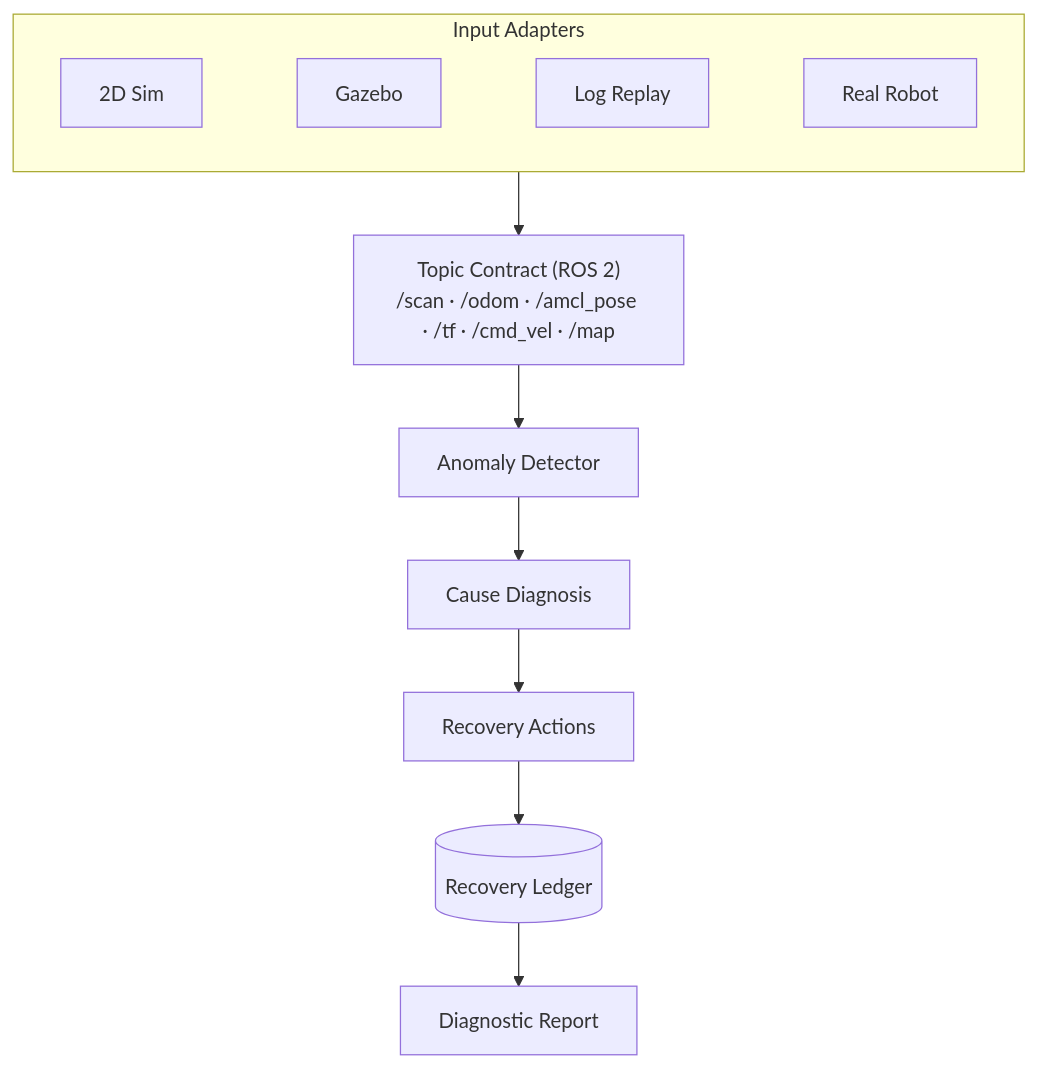
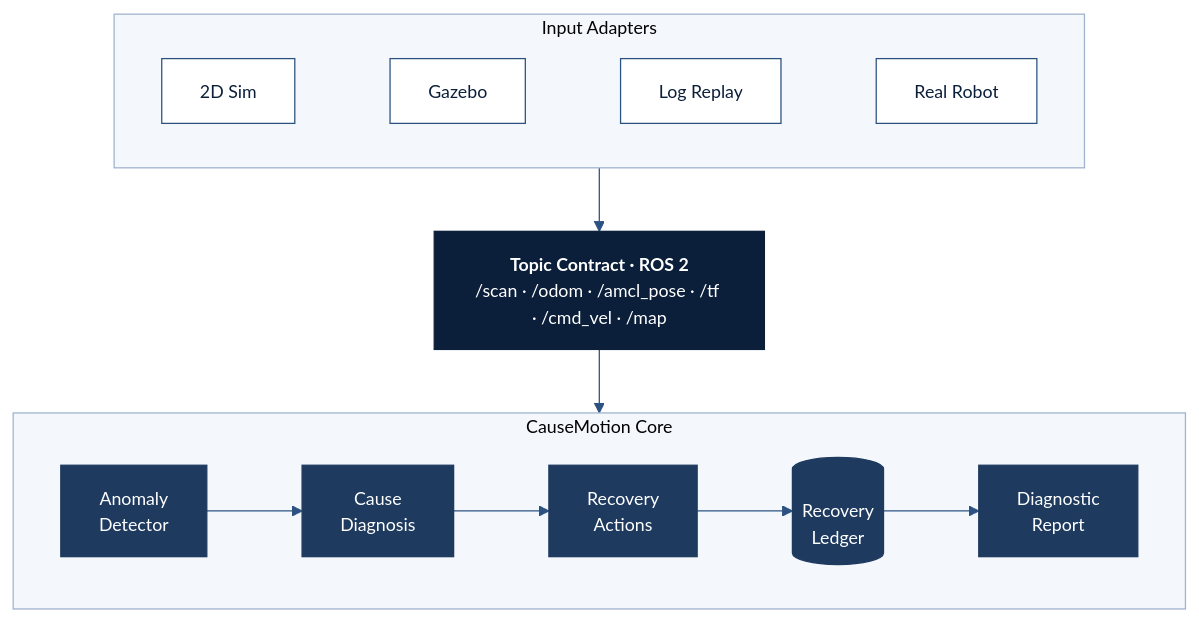
One commit to CauseMotion/D2SF_CauseMotion changed the second of 4 diagrams in README.md. Above: the diagram before and after it, drawn with Mermaid. The commit also changed other lines of this file, not shown here.

````diff
--- a/README.md
+++ b/README.md
@@ -101,9 +117,21 @@
 ```mermaid
+%%{init: {'theme':'base','themeVariables':{'fontFamily':'Pretendard, Apple SD Gothic Neo, sans-serif','fontSize':'14px','primaryColor':'#E8EEF7','primaryTextColor':'#0B1F3A','primaryBorderColor':'#1E3A5F','lineColor':'#2C5282','clusterBkg':'#F4F7FB','clusterBorder':'#9FB3CF'}}}%%
 flowchart TB
     subgraph IN[Input Adapters]
         direction LR
         S2[2D Sim] ~~~ S3[Gazebo] ~~~ LG[Log Replay] ~~~ RB[Real Robot]
     end
-    IN --> T["Topic Contract (ROS 2)<br/>/scan · /odom · /amcl_pose · /tf · /cmd_vel · /map"]
-    T --> D1[Anomaly Detector] --> D2[Cause Diagnosis] --> D3[Recovery Actions] --> D4[(Recovery Ledger)] --> D5[Diagnostic Report]
+    IN --> T["<b>Topic Contract · ROS 2</b><br/>/scan · /odom · /amcl_pose · /tf · /cmd_vel · /map"]
+    subgraph CORE[CauseMotion Core]
+        direction LR
+        D1[Anomaly<br/>Detector] --> D2[Cause<br/>Diagnosis] --> D3[Recovery<br/>Actions] --> D4[(Recovery<br/>Ledger)] --> D5[Diagnostic<br/>Report]
+    end
+    T --> CORE
+
+    classDef contract fill:#0B1F3A,stroke:#0B1F3A,color:#FFFFFF
+    classDef module fill:#1E3A5F,stroke:#1E3A5F,color:#FFFFFF
+    classDef adapter fill:#FFFFFF,stroke:#2C5282,color:#0B1F3A
+    class T contract
+    class D1,D2,D3,D4,D5 module
+    class S2,S3,LG,RB adapter
 ```
````
